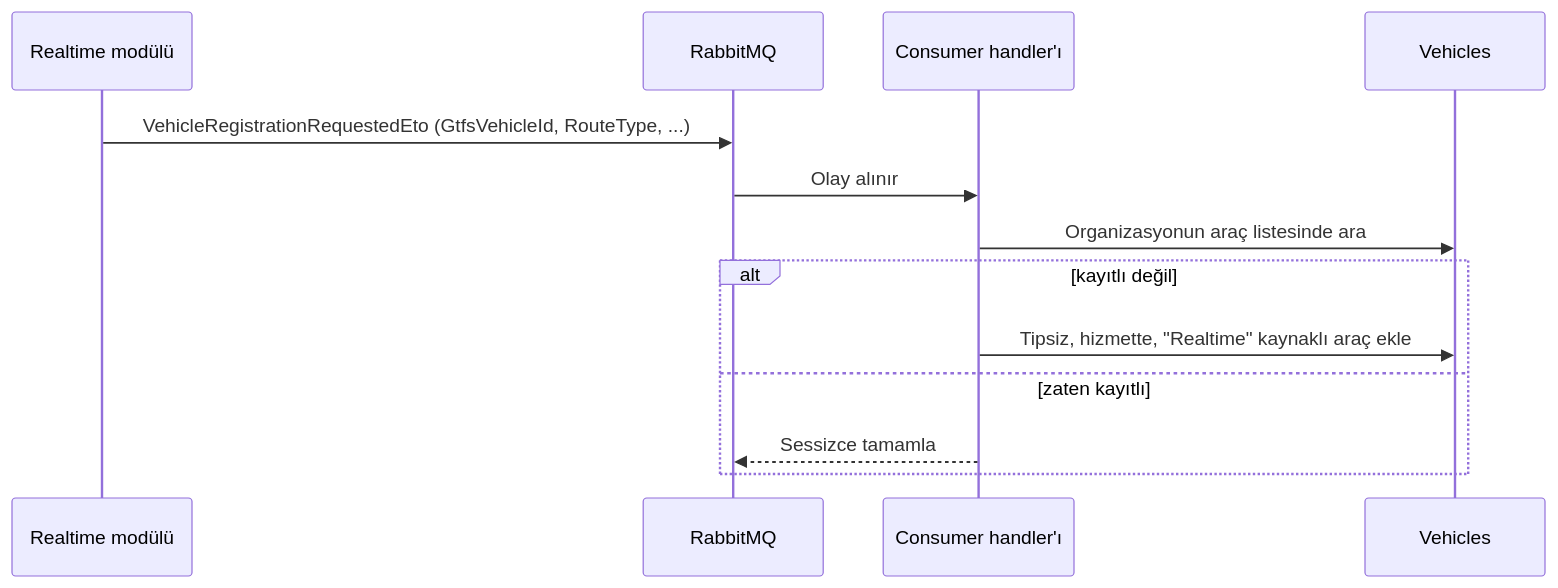
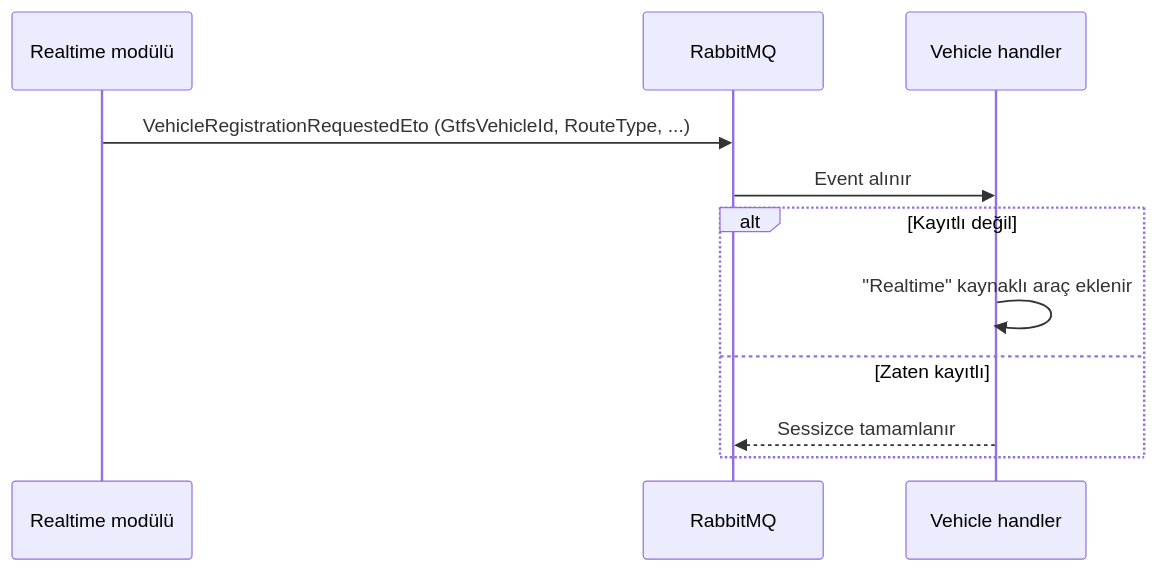
Before and after one commit to mertbyd/byd-vehicle-management-api: the third of 3 diagrams in README.md, drawn with Mermaid. The commit also changed other lines of this file, not shown here.

````diff
--- a/README.md
+++ b/README.md
@@ -141,15 +62,13 @@
 ```mermaid
 sequenceDiagram
     participant RT as Realtime modülü
     participant MQ as RabbitMQ
-    participant H as Consumer handler'ı
-    participant DB as Vehicles
+    participant H as Vehicle handler
     RT->>MQ: VehicleRegistrationRequestedEto (GtfsVehicleId, RouteType, ...)
-    MQ->>H: Olay alınır
-    H->>DB: Organizasyonun araç listesinde ara
-    alt kayıtlı değil
-        H->>DB: Tipsiz, hizmette, "Realtime" kaynaklı araç ekle
-    else zaten kayıtlı
-        H-->>MQ: Sessizce tamamla
+    MQ->>H: Event alınır
+    alt Kayıtlı değil
+        H->>H: "Realtime" kaynaklı araç eklenir
+    else Zaten kayıtlı
+        H-->>MQ: Sessizce tamamlanır
     end
 ```
````
